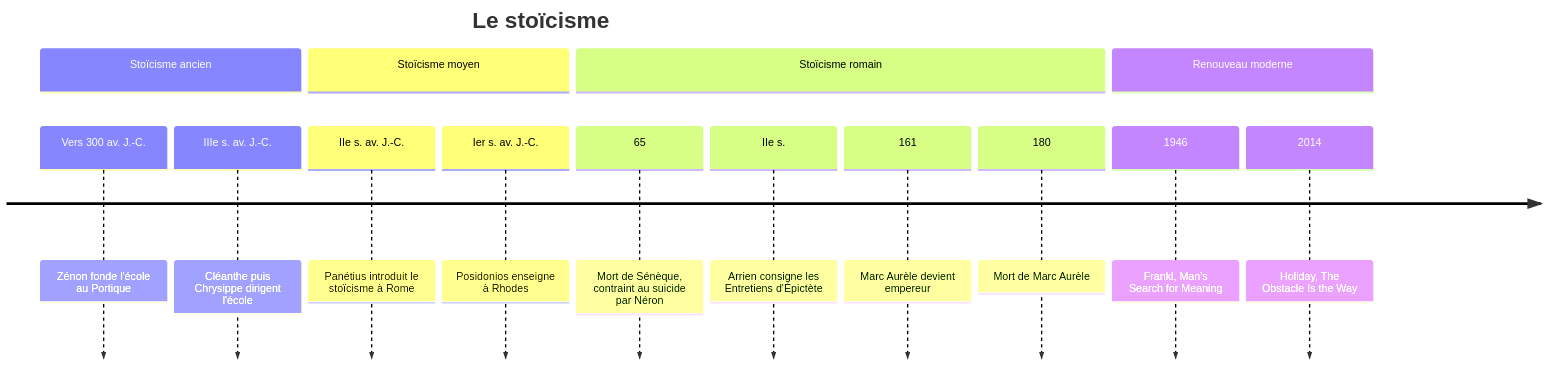
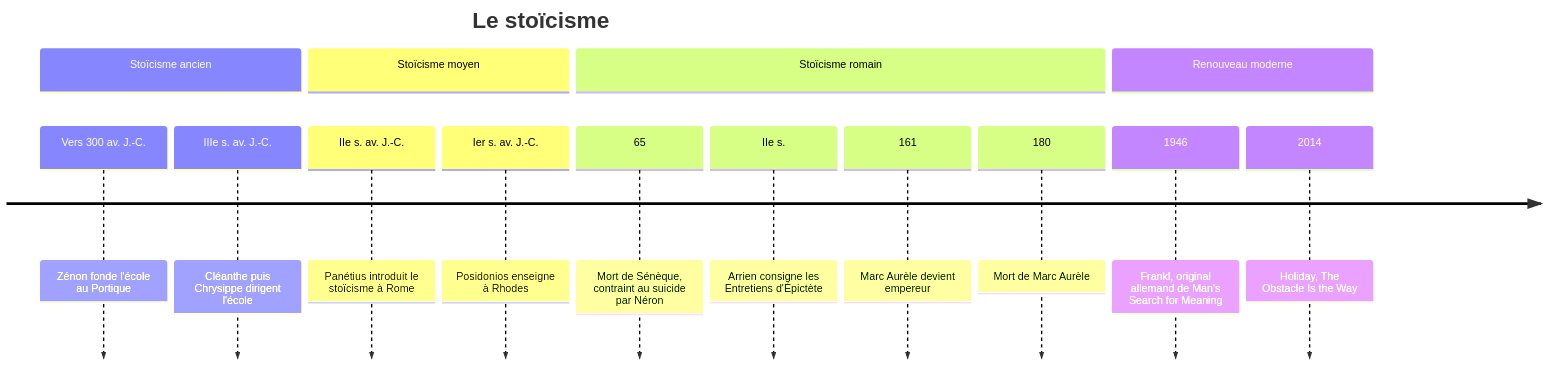
One commit to rwmicro/pensine changed the diagram in Social Sciences/Philosophy/Courants & Écoles/Stoïcisme.md. Above: the diagram before and after it, drawn with Mermaid. The commit also changed 23 other files, not shown here.

````diff
--- a/Social Sciences/Philosophy/Courants & Écoles/Stoïcisme.md
+++ b/Social Sciences/Philosophy/Courants & Écoles/Stoïcisme.md
@@ -18,18 +18,18 @@
 ```mermaid
 timeline
     title Le stoïcisme
     section Stoïcisme ancien
         Vers 300 av. J.-C. : Zénon fonde l'école au Portique
         IIIe s. av. J.-C. : Cléanthe puis Chrysippe dirigent l'école
     section Stoïcisme moyen
         IIe s. av. J.-C. : Panétius introduit le stoïcisme à Rome
         Ier s. av. J.-C. : Posidonios enseigne à Rhodes
     section Stoïcisme romain
         65 : Mort de Sénèque, contraint au suicide par Néron
         IIe s. : Arrien consigne les Entretiens d'Épictète
         161 : Marc Aurèle devient empereur
         180 : Mort de Marc Aurèle
     section Renouveau moderne
-        1946 : Frankl, Man's Search for Meaning
+        1946 : Frankl, original allemand de Man's Search for Meaning
         2014 : Holiday, The Obstacle Is the Way
 ```
````
